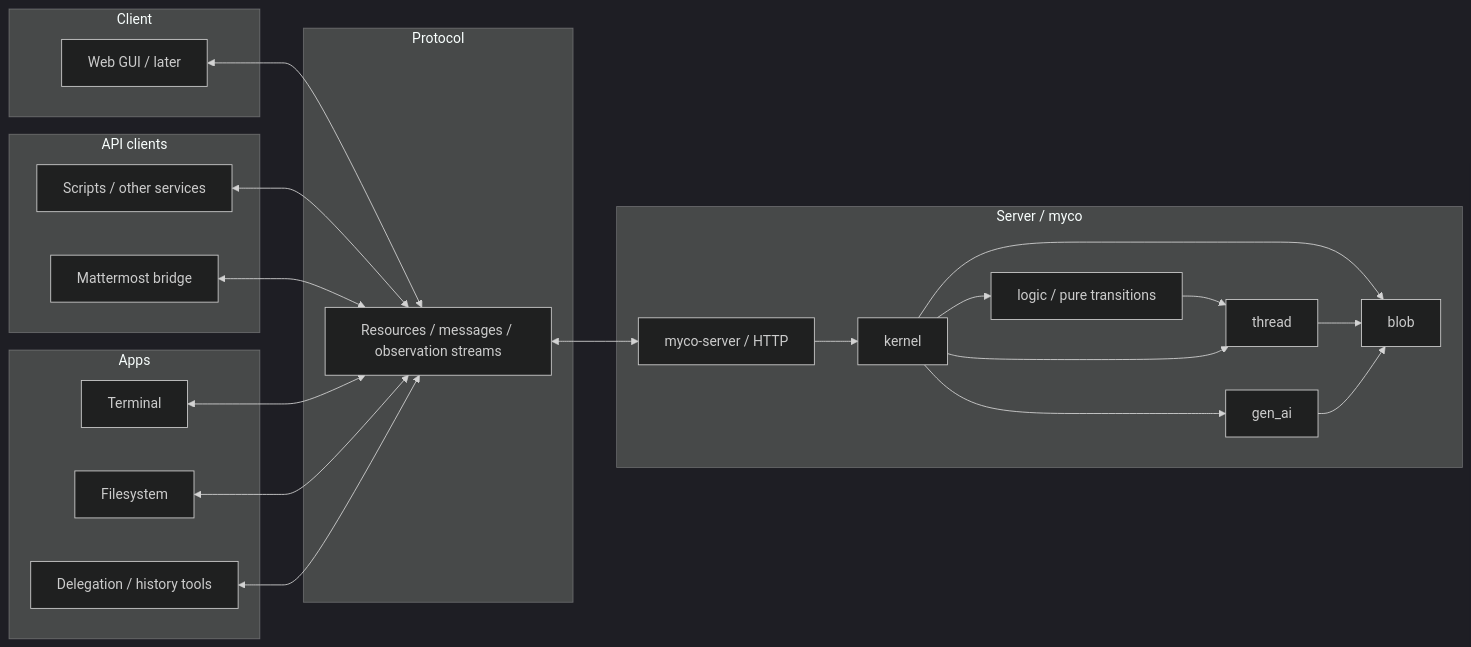
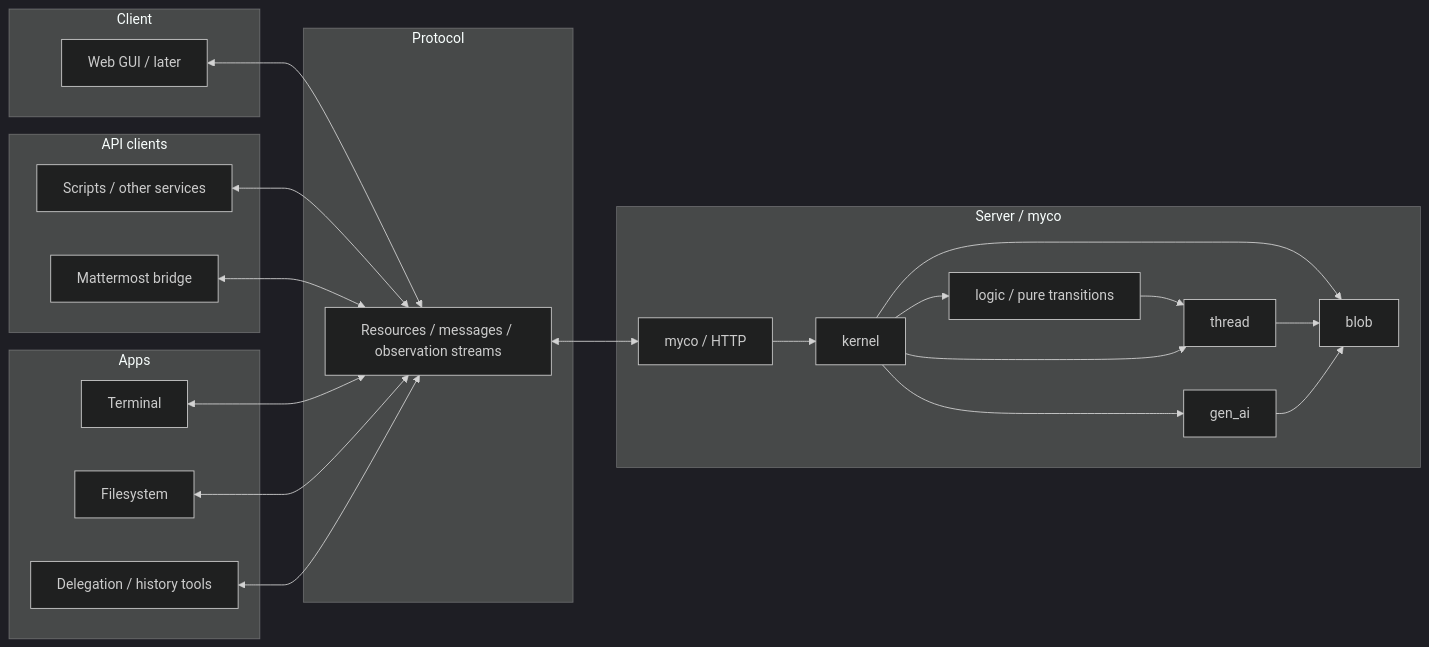
The diagram in DESIGN.md (tsnl/myco), drawn with Mermaid (dark theme) before and after one commit. The commit also changed other lines of this file, not shown here.

Commit message:
Name the server executable myco

````diff
--- a/DESIGN.md
+++ b/DESIGN.md
@@ -32,35 +33,35 @@
 ```mermaid
 flowchart LR
     subgraph Server["Server / myco"]
-        server[myco-server / HTTP] --> kernel
+        server[myco / HTTP] --> kernel
         kernel --> logic["logic / pure transitions"]
         logic --> thread
         kernel --> thread
         kernel --> gen_ai
         kernel --> blob
         thread --> blob
         gen_ai --> blob
     end
     subgraph Protocol
         api["Resources / messages / observation streams"]
     end
     subgraph Client
         gui["Web GUI / later"]
     end
     subgraph Integrations["API clients"]
         scripts["Scripts / other services"]
         mattermost["Mattermost bridge"]
     end
     subgraph Apps
         terminal[Terminal]
         filesystem[Filesystem]
         delegation["Delegation / history tools"]
     end
     gui <--> api
     scripts <--> api
     mattermost <--> api
     terminal <--> api
     filesystem <--> api
     delegation <--> api
     api <--> server
 ```
````
